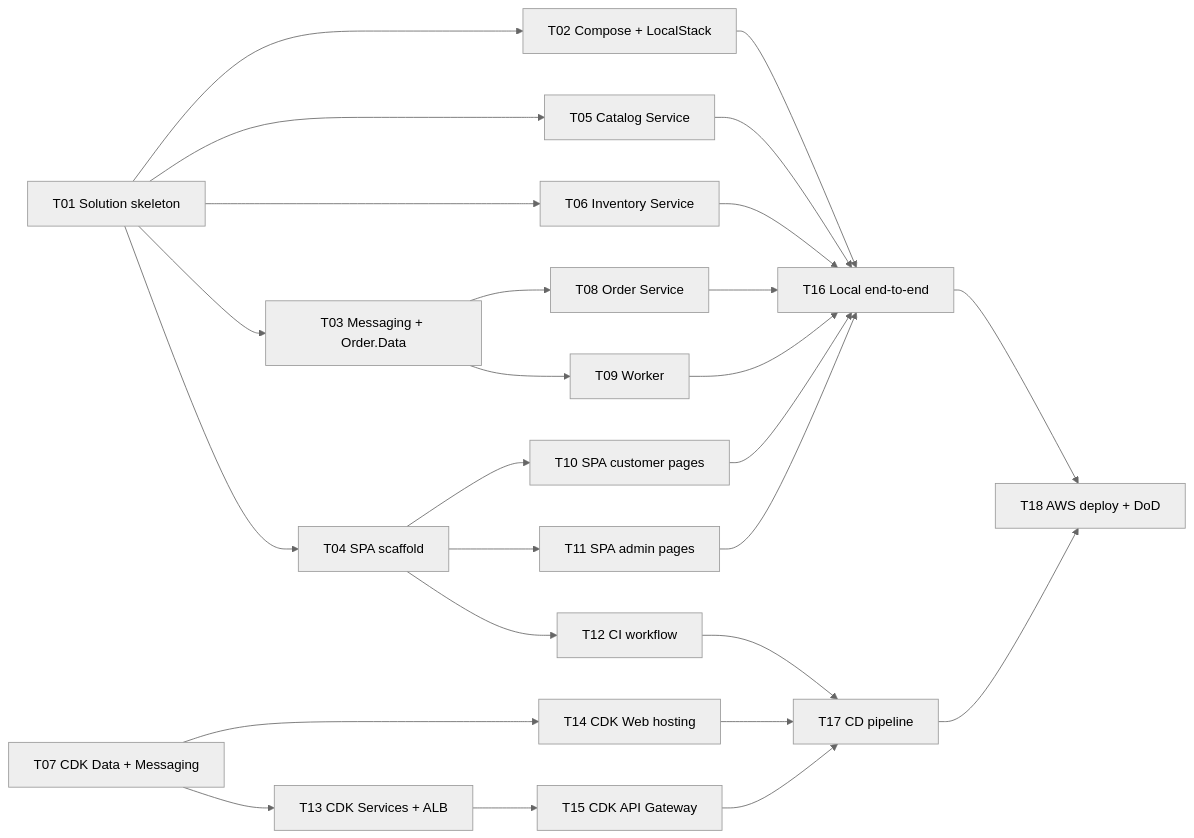
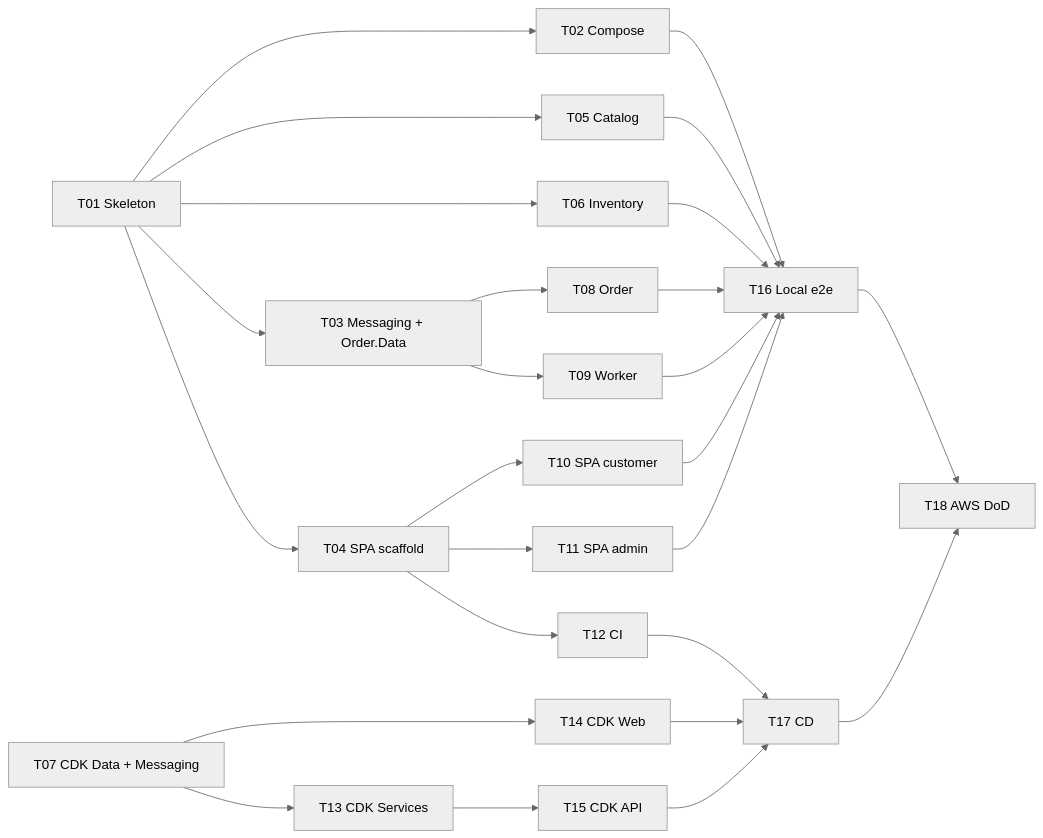
One commit to devsuperman/SuperTickets changed the diagram in tasks.md. Above: the diagram before and after it, drawn with Mermaid (neutral theme). The commit also changed other lines of this file and 6 other files, not shown here.

````diff
--- a/tasks.md
+++ b/tasks.md
@@ -9,25 +7,12 @@
 ```mermaid
 graph LR
-  T01[T01 Solution skeleton]
-
-  T01 --> T02[T02 Compose + LocalStack]
-  T01 --> T03[T03 Messaging + Order.Data]
-  T01 --> T04[T04 SPA scaffold]
-  T01 --> T05[T05 Catalog Service]
-  T01 --> T06[T06 Inventory Service]
+  T01[T01 Skeleton] --> T02[T02 Compose] & T03[T03 Messaging + Order.Data] & T04[T04 SPA scaffold] & T05[T05 Catalog] & T06[T06 Inventory]
   T07[T07 CDK Data + Messaging]
-
-  T03 --> T08[T08 Order Service]
-  T03 --> T09[T09 Worker]
-  T04 --> T10[T10 SPA customer pages]
-  T04 --> T11[T11 SPA admin pages]
-  T04 --> T12[T12 CI workflow]
-  T07 --> T13[T13 CDK Services + ALB]
-  T07 --> T14[T14 CDK Web hosting]
-
-  T13 --> T15[T15 CDK API Gateway]
-  T02 & T05 & T06 & T08 & T09 & T10 & T11 --> T16[T16 Local end-to-end]
-
-  T12 & T14 & T15 --> T17[T17 CD pipeline]
-  T16 & T17 --> T18[T18 AWS deploy + DoD]
+  T03 --> T08[T08 Order] & T09[T09 Worker]
+  T04 --> T10[T10 SPA customer] & T11[T11 SPA admin] & T12[T12 CI]
+  T07 --> T13[T13 CDK Services] & T14[T14 CDK Web]
+  T13 --> T15[T15 CDK API]
+  T02 & T05 & T06 & T08 & T09 & T10 & T11 --> T16[T16 Local e2e]
+  T12 & T14 & T15 --> T17[T17 CD]
+  T16 & T17 --> T18[T18 AWS DoD]
 ```
````
